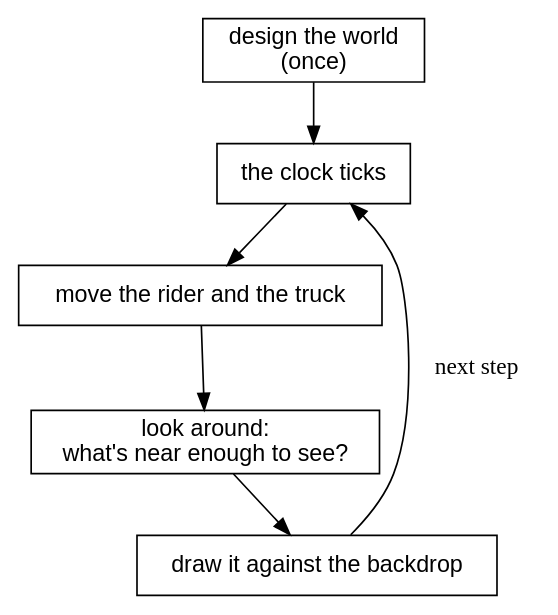
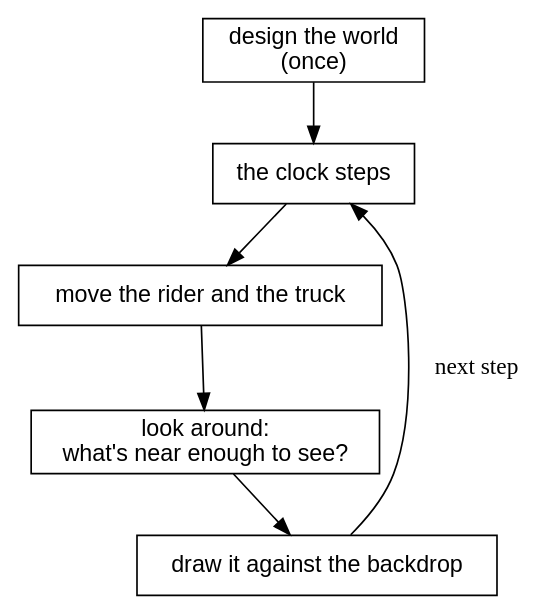
Before and after one commit to showell/roc-apps: the first of 19 diagrams in canvas_apps/safari/tutorial/tutorial.md, drawn with Graphviz. The commit also changed other lines of this file and 3 other files, not shown here.

First line of the commit message:
safari docs: tick becomes step, and moment goes

````diff
--- a/canvas_apps/safari/tutorial/tutorial.md
+++ b/canvas_apps/safari/tutorial/tutorial.md
@@ -25,15 +25,15 @@
 ```dot
 digraph problem {
   node [shape=box, fontname="Helvetica"];
   world [label="design the world\n(once)"];
-  tick [label="the clock ticks"];
+  step [label="the clock steps"];
   move [label="move the rider and the truck"];
   look [label="look around:\nwhat's near enough to see?"];
   draw [label="draw it against the backdrop"];
-  world -> tick;
-  tick -> move;
+  world -> step;
+  step -> move;
   move -> look;
   look -> draw;
-  draw -> tick [label="  next step"];
+  draw -> step [label="  next step"];
 }
 ```
````
